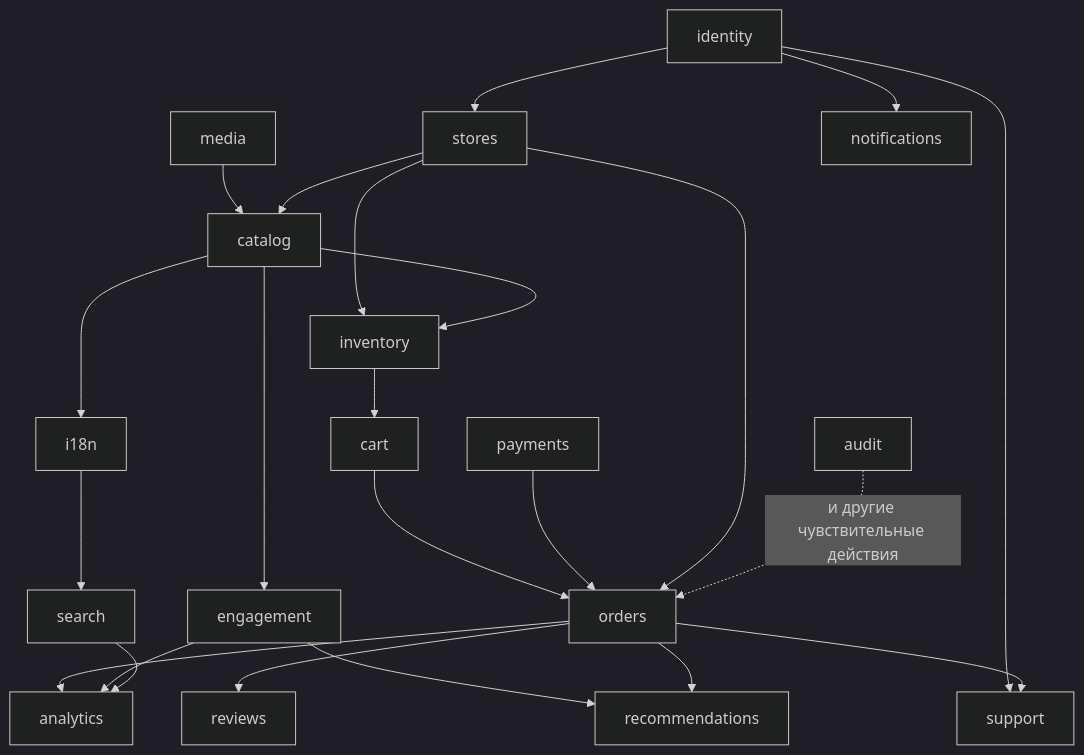
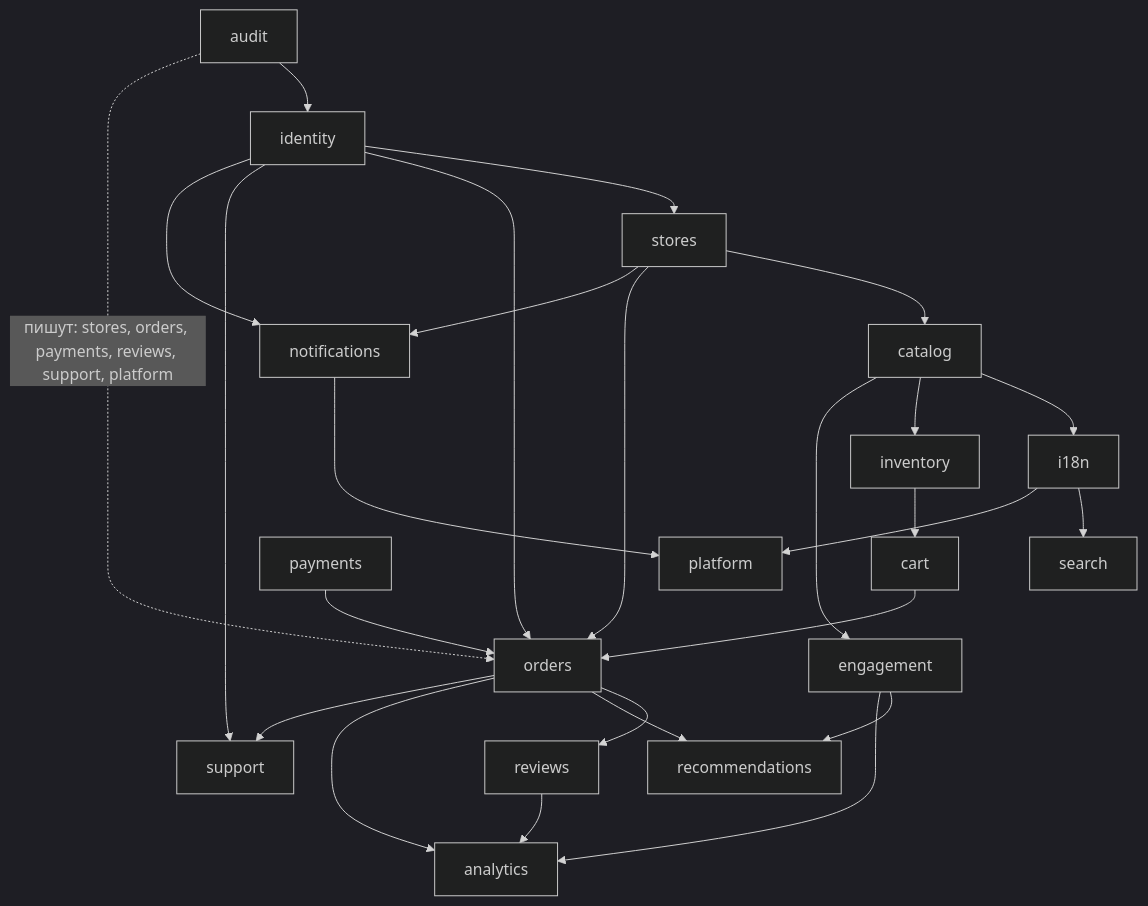
Before and after one commit to AbdulbosidCoder/Sanad: the second of 2 diagrams in docs/architecture/11-how-it-works.md, drawn with Mermaid (dark theme). The commit also changed other lines of this file and 28 other files, not shown here.

````diff
--- a/docs/architecture/11-how-it-works.md
+++ b/docs/architecture/11-how-it-works.md
@@ -46,21 +46,23 @@
 ```mermaid
 flowchart TB
-    identity --> stores
-    media --> catalog
+    audit --> identity --> stores
     stores --> catalog
-    stores --> inventory
     catalog --> i18n --> search
     catalog --> inventory --> cart --> orders
     payments --> orders
     stores --> orders
+    identity --> orders
     orders --> reviews
     catalog --> engagement --> recommendations
     orders --> recommendations
     orders --> analytics
     engagement --> analytics
-    search --> analytics
+    reviews --> analytics
     identity --> support
     orders --> support
     identity --> notifications
-    audit -.->|"и другие чувствительные действия"| orders
+    stores --> notifications
+    i18n --> platform
+    notifications --> platform
+    audit -.->|"пишут: stores, orders, payments, reviews, support, platform"| orders
 ```
````
